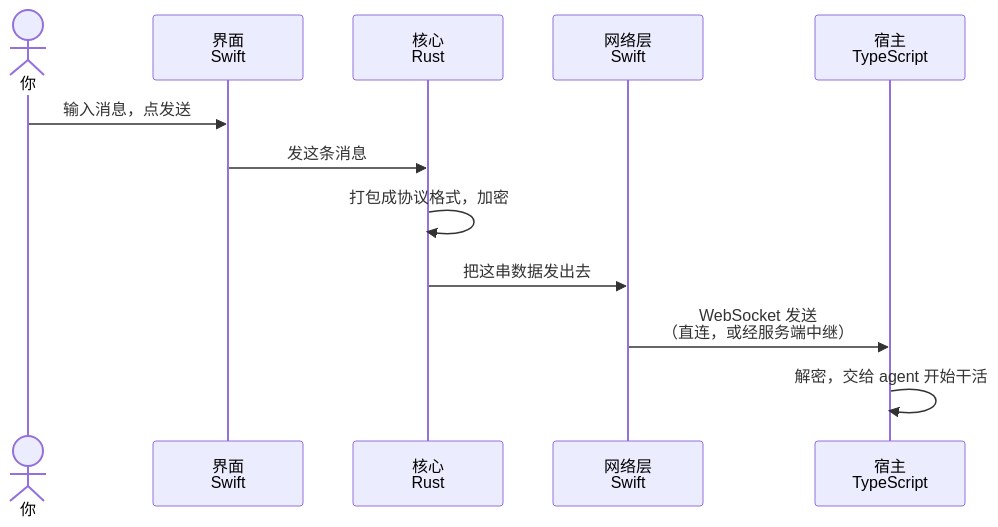
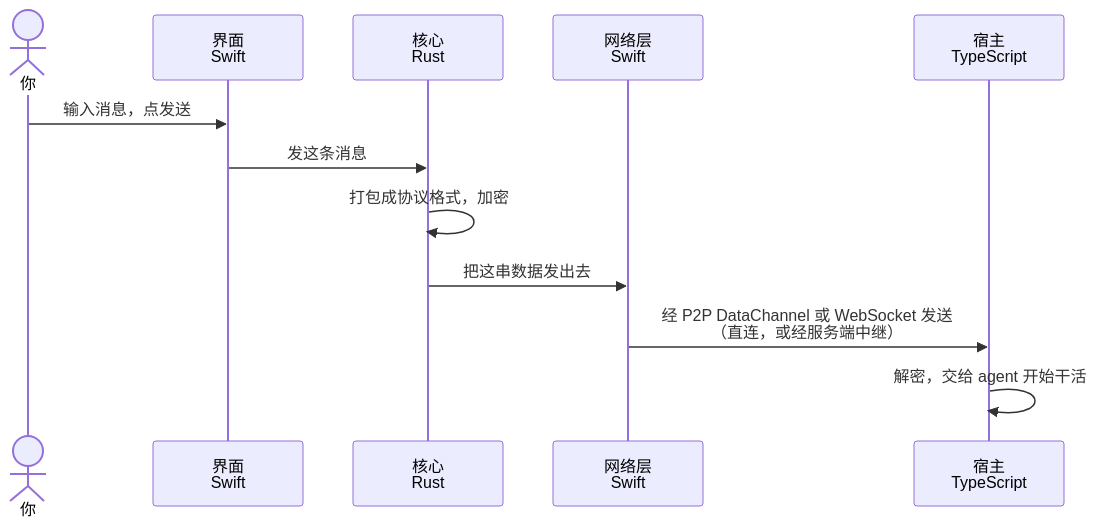
One commit to bubbleptr/pinomad changed the first of 2 diagrams in docs/architecture.md. Above: the diagram before and after it, drawn with Mermaid. The commit also changed other lines of this file and 4 other files, not shown here.

````diff
--- a/docs/architecture.md
+++ b/docs/architecture.md
@@ -25,15 +27,15 @@
 ```mermaid
 sequenceDiagram
     actor 你
     participant UI as 界面<br/>Swift
     participant Core as 核心<br/>Rust
     participant Net as 网络层<br/>Swift
     participant Host as 宿主<br/>TypeScript
 
     你->>UI: 输入消息，点发送
     UI->>Core: 发这条消息
     Core->>Core: 打包成协议格式，加密
     Core->>Net: 把这串数据发出去
-    Net->>Host: WebSocket 发送<br/>（直连，或经服务端中继）
+    Net->>Host: 经 P2P DataChannel 或 WebSocket 发送<br/>（直连，或经服务端中继）
     Host->>Host: 解密，交给 agent 开始干活
 ```
````
